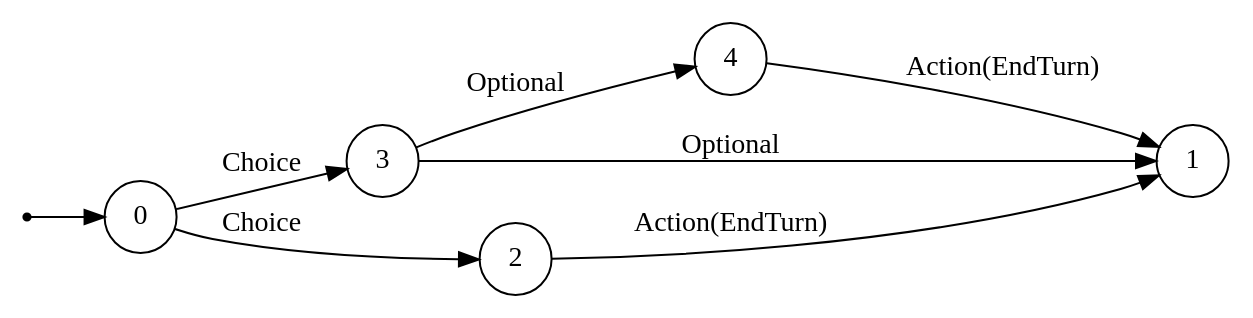
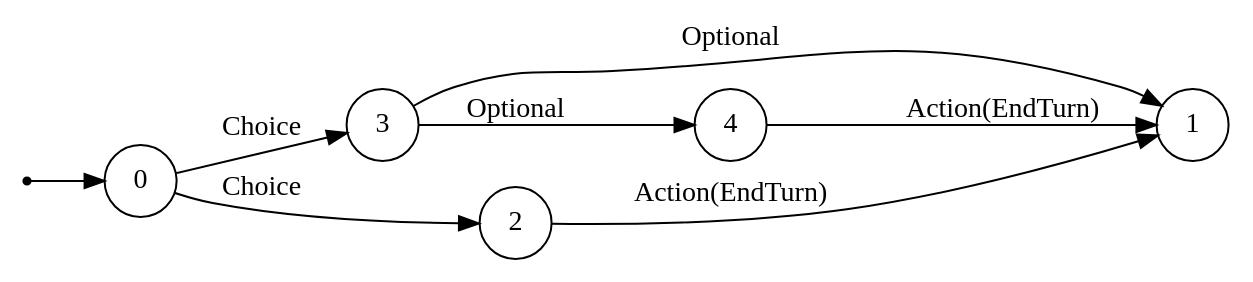
One commit to mentalcardgames/mcg changed the diagram in ir/tests_out/choice_rule.dot. Above: the diagram before and after it, drawn with Graphviz. The commit also changed other lines of this file and 10 other files, not shown here.

```diff
--- a/ir/tests_out/choice_rule.dot
+++ b/ir/tests_out/choice_rule.dot
@@ -1,12 +1,12 @@
 digraph FSM {
   rankdir=LR;
   node [shape = circle];
+  3 -> 1 [label="Optional"];
+  4 -> 1 [label="Action(EndTurn)"];
+  2 -> 1 [label="Action(EndTurn)"];
+  0 -> 3 [label="Choice"];
+  0 -> 2 [label="Choice"];
   3 -> 4 [label="Optional"];
-  4 -> 1 [label="Action(EndTurn)"];
-  3 -> 1 [label="Optional"];
-  0 -> 3 [label="Choice"];
-  2 -> 1 [label="Action(EndTurn)"];
-  0 -> 2 [label="Choice"];
   start [shape=point];
   start -> 0;
 }
```
